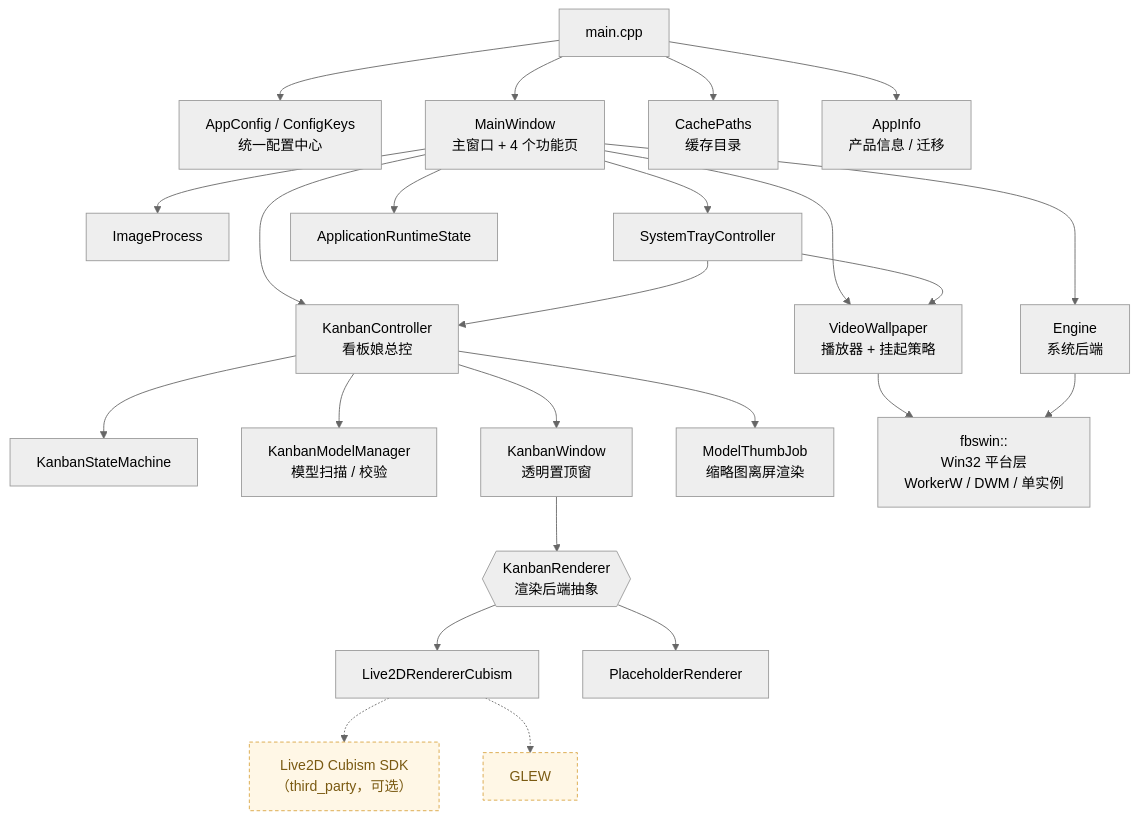
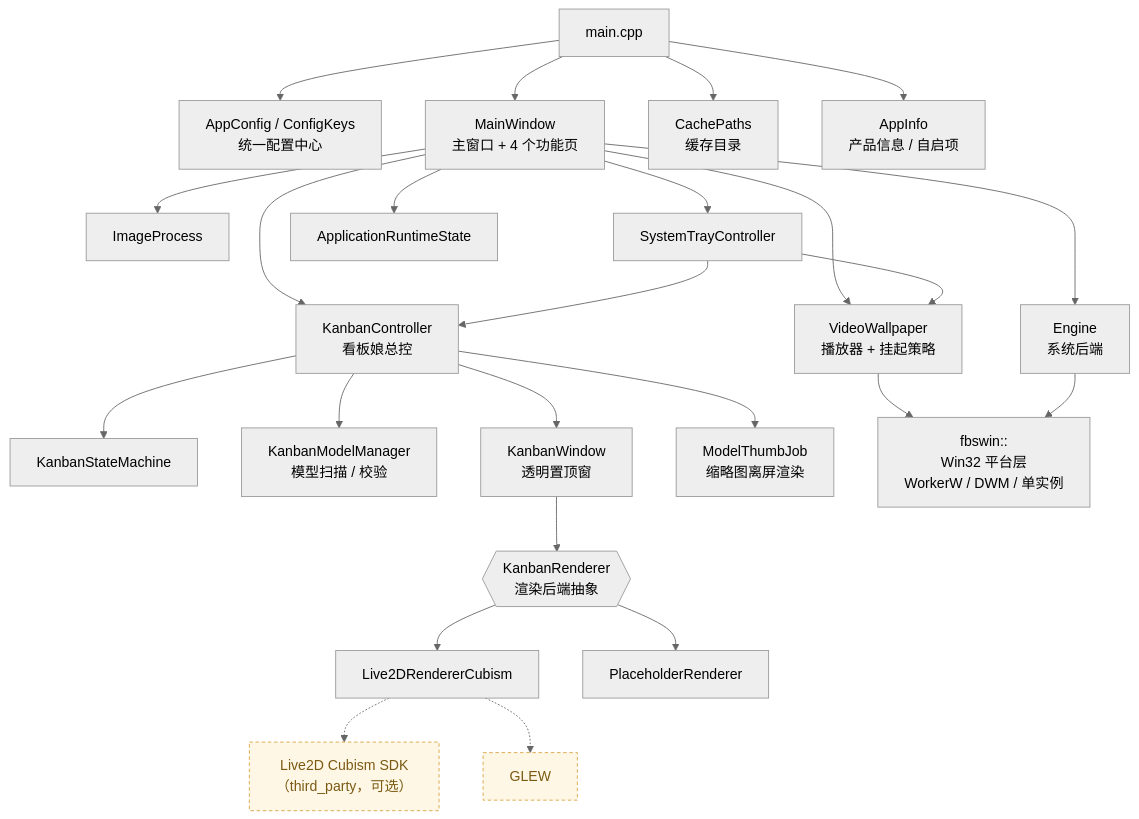
One commit to weiraing/Yumeiren changed the diagram in README.md. Above: the diagram before and after it, drawn with Mermaid (neutral theme). The commit also changed other lines of this file and 8 other files, not shown here.

````diff
--- a/README.md
+++ b/README.md
@@ -466,34 +464,34 @@
 ```mermaid
 graph TD
     main["main.cpp"] --> AppConfig["AppConfig / ConfigKeys<br/>统一配置中心"]
     main --> MainWindow
     main --> CachePaths["CachePaths<br/>缓存目录"]
-    main --> AppInfo["AppInfo<br/>产品信息 / 迁移"]
+    main --> AppInfo["AppInfo<br/>产品信息 / 自启项"]
 
     MainWindow["MainWindow<br/>主窗口 + 4 个功能页"] --> Engine["Engine<br/>系统后端"]
     MainWindow --> ImageProcess["ImageProcess"]
     MainWindow --> KanbanController
     MainWindow --> SystemTrayController
     MainWindow --> VideoWallpaper
     MainWindow --> ApplicationRuntimeState
 
     KanbanController["KanbanController<br/>看板娘总控"] --> KanbanStateMachine
     KanbanController --> KanbanModelManager["KanbanModelManager<br/>模型扫描 / 校验"]
     KanbanController --> KanbanWindow["KanbanWindow<br/>透明置顶窗"]
     KanbanController --> ModelThumbJob["ModelThumbJob<br/>缩略图离屏渲染"]
 
     KanbanWindow --> KanbanRenderer{{"KanbanRenderer<br/>渲染后端抽象"}}
     KanbanRenderer --> Live2D["Live2DRendererCubism"]
     KanbanRenderer --> Placeholder["PlaceholderRenderer"]
 
     VideoWallpaper["VideoWallpaper<br/>播放器 + 挂起策略"] --> fbswin
     Engine --> fbswin["fbswin::<br/>Win32 平台层<br/>WorkerW / DWM / 单实例"]
     SystemTrayController --> VideoWallpaper
     SystemTrayController --> KanbanController
 
     Live2D -.-> CubismSDK["Live2D Cubism SDK<br/>（third_party，可选）"]
     Live2D -.-> GLEW["GLEW"]
 
     classDef third fill:#fff7e6,stroke:#d9a441,stroke-dasharray:4 3,color:#7a5a12
     class CubismSDK,GLEW third
 ```
````
